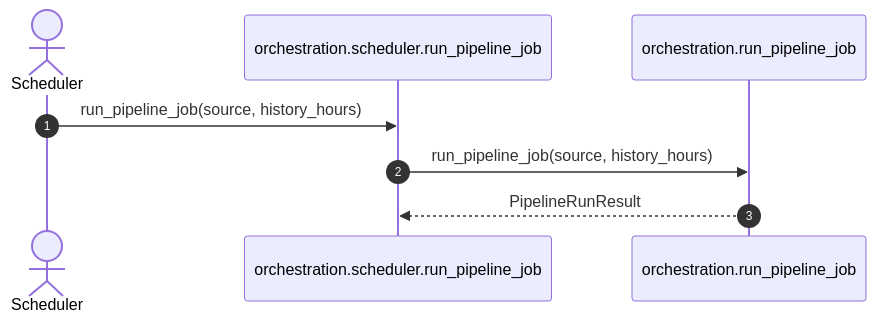
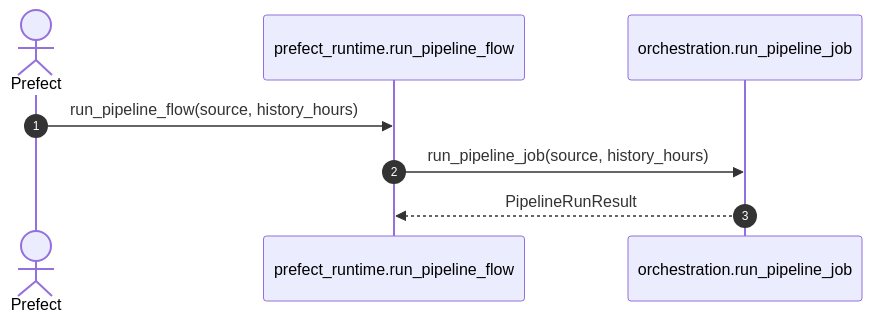
Before and after one commit to Code-the-Dream-School/practicum-city-air-tracker: the second of 13 diagrams in docs/architecture/function_call_flows.md, drawn with Mermaid. The commit also changed other lines of this file and 10 other files, not shown here.

Commit message:
AIR-011.12 remove scheduler shim and align orchestration to Prefect

````diff
--- a/docs/architecture/function_call_flows.md
+++ b/docs/architecture/function_call_flows.md
@@ -63,11 +63,11 @@
 ```mermaid
 sequenceDiagram
     autonumber
-    actor Scheduler
-    participant Sched as orchestration.scheduler.run_pipeline_job
+    actor Prefect
+    participant Flow as prefect_runtime.run_pipeline_flow
     participant Orch as orchestration.run_pipeline_job
 
-    Scheduler->>Sched: run_pipeline_job(source, history_hours)
-    Sched->>Orch: run_pipeline_job(source, history_hours)
-    Orch-->>Sched: PipelineRunResult
+    Prefect->>Flow: run_pipeline_flow(source, history_hours)
+    Flow->>Orch: run_pipeline_job(source, history_hours)
+    Orch-->>Flow: PipelineRunResult
 ```
````
